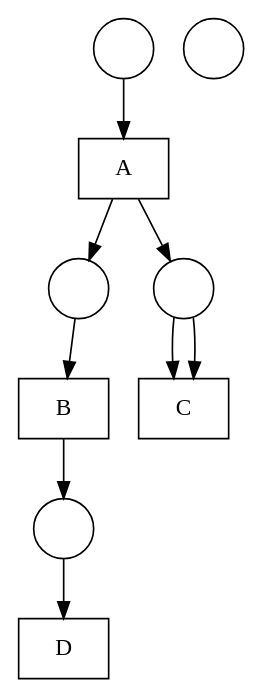
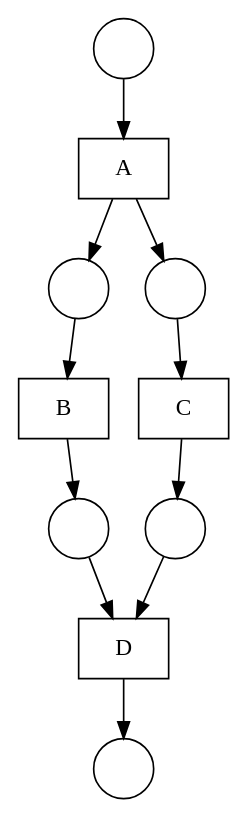
The diagram in nets/Fittest net.gv (DWitek97/GeneticMiner), drawn with Graphviz before and after one commit. The commit also changed 5 other files, not shown here.

```diff
--- a/nets/Fittest net.gv
+++ b/nets/Fittest net.gv
@@ -1,21 +1,24 @@
 digraph "Fittest net" {
 	node [shape=box]
+	A [label=A]
 	B [label=B]
 	C [label=C]
-	A [label=A]
 	D [label=D]
 	node [shape=circle]
 	1 [label=" "]
 	2 [label=" "]
 	3 [label=" "]
 	4 [label=" "]
 	5 [label=" "]
+	6 [label=" "]
+	1 -> A
+	A -> 2
+	A -> 3
 	2 -> B
-	B -> 5
-	4 -> C
-	4 -> C
-	1 -> A
-	A -> 4
-	A -> 2
+	B -> 4
+	3 -> C
+	C -> 5
+	4 -> D
 	5 -> D
+	D -> 6
 }
```
